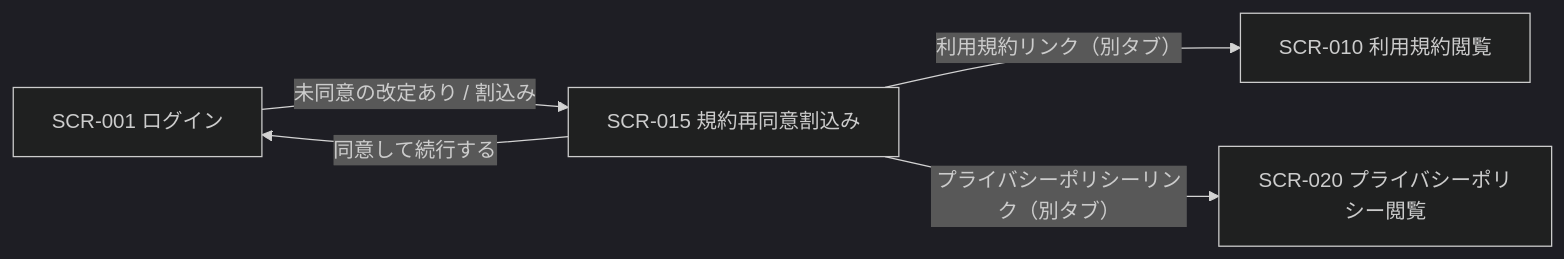
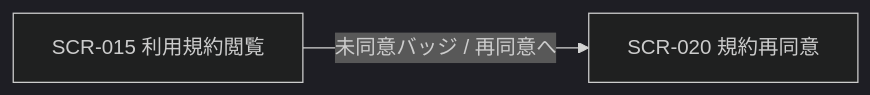
Before and after one commit to sikakou54/open-faq: the diagram in 02_basic_design/01_screens/SCR-015.md, drawn with Mermaid (dark theme). The commit also changed other lines of this file and 617 other files, not shown here.

````diff
--- a/02_basic_design/01_screens/SCR-015.md
+++ b/02_basic_design/01_screens/SCR-015.md
@@ -36,11 +36,6 @@
 ```mermaid
 flowchart LR
-  S0["SCR-001 ログイン"]
-  S1["SCR-015 規約再同意割込み"]
-  S2["SCR-010 利用規約閲覧"]
-  S3["SCR-020 プライバシーポリシー閲覧"]
-  S0 -->|未同意の改定あり / 割込み| S1
-  S1 -->|利用規約リンク（別タブ）| S2
-  S1 -->|プライバシーポリシーリンク（別タブ）| S3
-  S1 -->|同意して続行する| S0
+  S1["SCR-015 利用規約閲覧"]
+  S3["SCR-020 規約再同意"]
+  S1 -->|未同意バッジ / 再同意へ| S3
 ```
````
